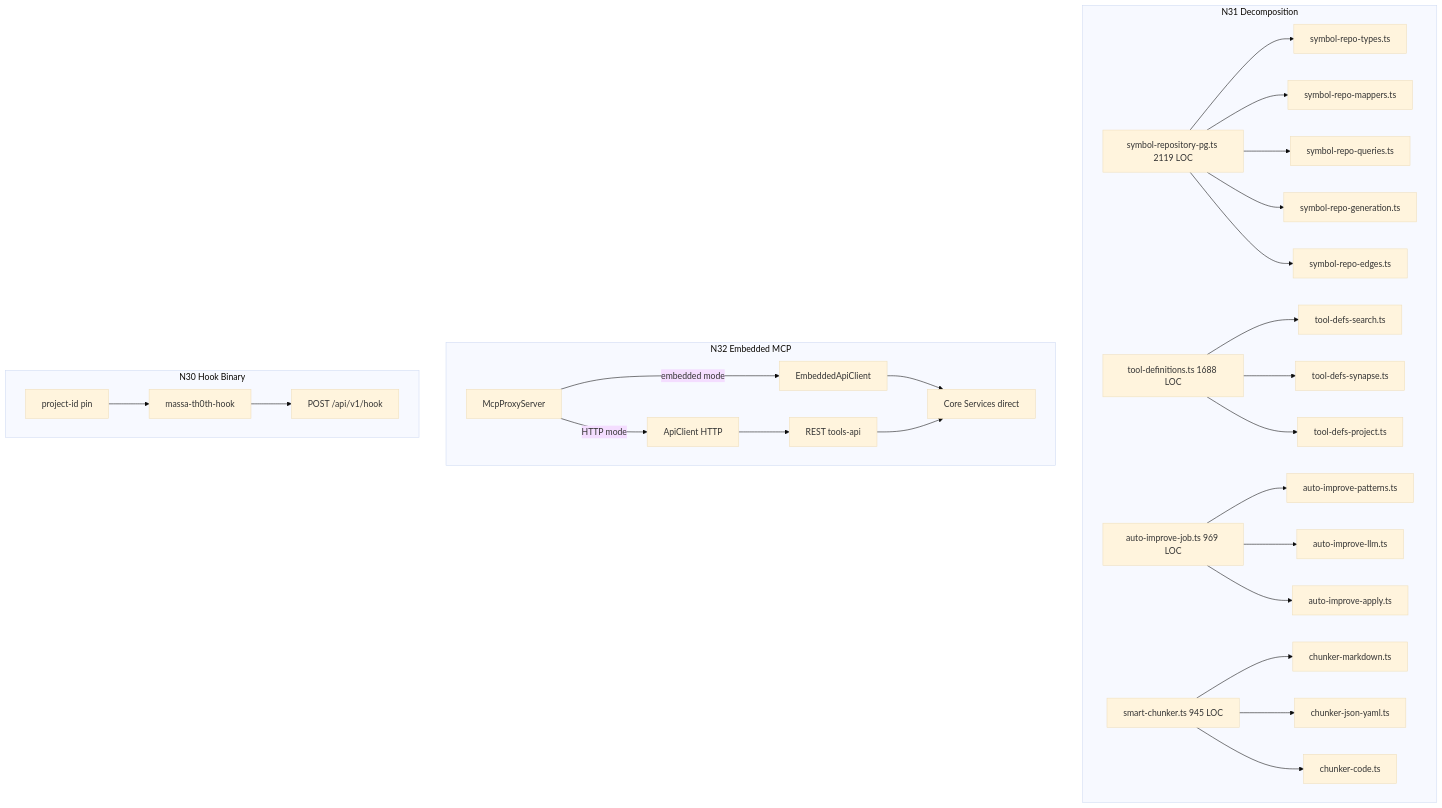
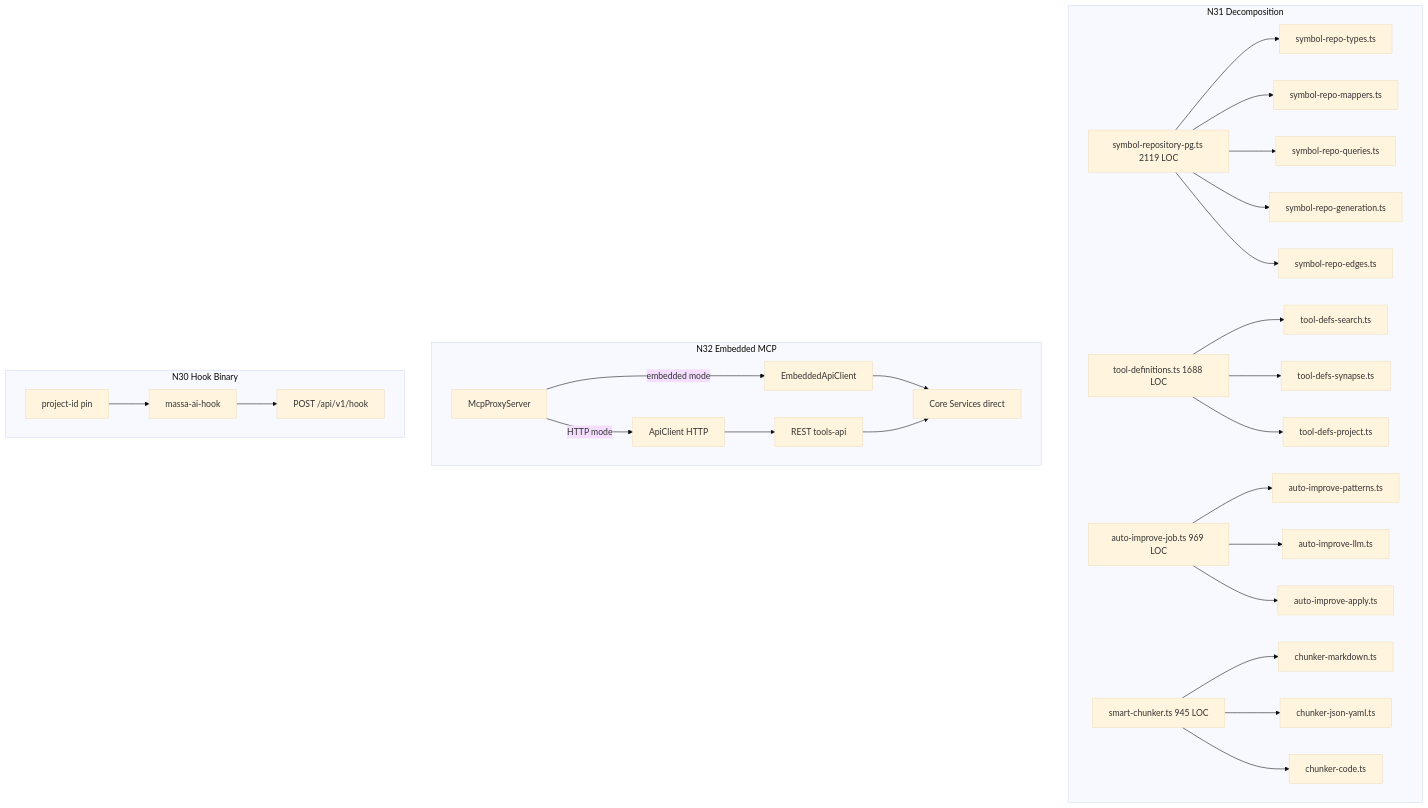
The diagram in .specs/features/wave-6-architecture-features/design.md (luizgmassa/massa-th0th), drawn with Mermaid (base theme) before and after one commit. The commit also changed other lines of this file and 697 other files, not shown here.

````diff
--- a/.specs/features/wave-6-architecture-features/design.md
+++ b/.specs/features/wave-6-architecture-features/design.md
@@ -12,30 +12,30 @@
 ```mermaid
 graph TD
     subgraph "N31 Decomposition"
         SR[symbol-repository-pg.ts 2119 LOC] --> SR1[symbol-repo-types.ts]
         SR --> SR2[symbol-repo-mappers.ts]
         SR --> SR3[symbol-repo-queries.ts]
         SR --> SR4[symbol-repo-generation.ts]
         SR --> SR5[symbol-repo-edges.ts]
         TD[tool-definitions.ts 1688 LOC] --> TD1[tool-defs-search.ts]
         TD --> TD2[tool-defs-synapse.ts]
         TD --> TD3[tool-defs-project.ts]
         AI[auto-improve-job.ts 969 LOC] --> AI1[auto-improve-patterns.ts]
         AI --> AI2[auto-improve-llm.ts]
         AI --> AI3[auto-improve-apply.ts]
         SC[smart-chunker.ts 945 LOC] --> SC1[chunker-markdown.ts]
         SC --> SC2[chunker-json-yaml.ts]
         SC --> SC3[chunker-code.ts]
     end
     subgraph "N32 Embedded MCP"
         MCP[McpProxyServer] -->|"HTTP mode"| HC[ApiClient HTTP]
         MCP -->|"embedded mode"| EC[EmbeddedApiClient]
         EC --> CORE[Core Services direct]
         HC --> REST[REST tools-api]
         REST --> CORE
     end
     subgraph "N30 Hook Binary"
-        BIN[massa-th0th-hook] --> POST[POST /api/v1/hook]
+        BIN[massa-ai-hook] --> POST[POST /api/v1/hook]
         PIN[project-id pin] --> BIN
     end
 ```
````
